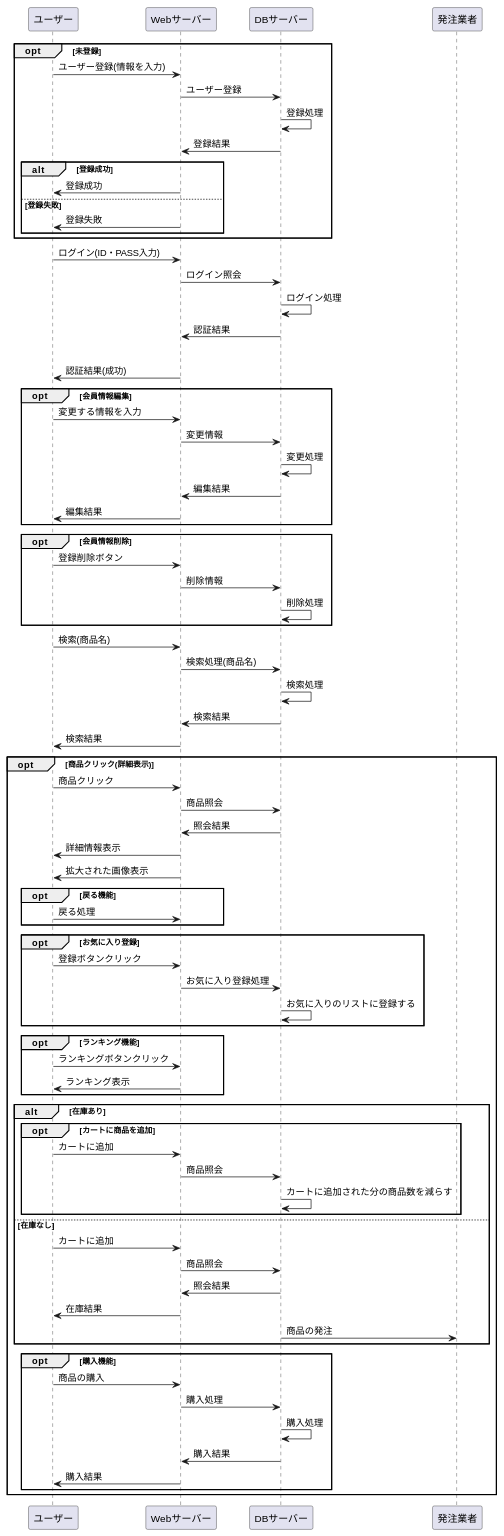
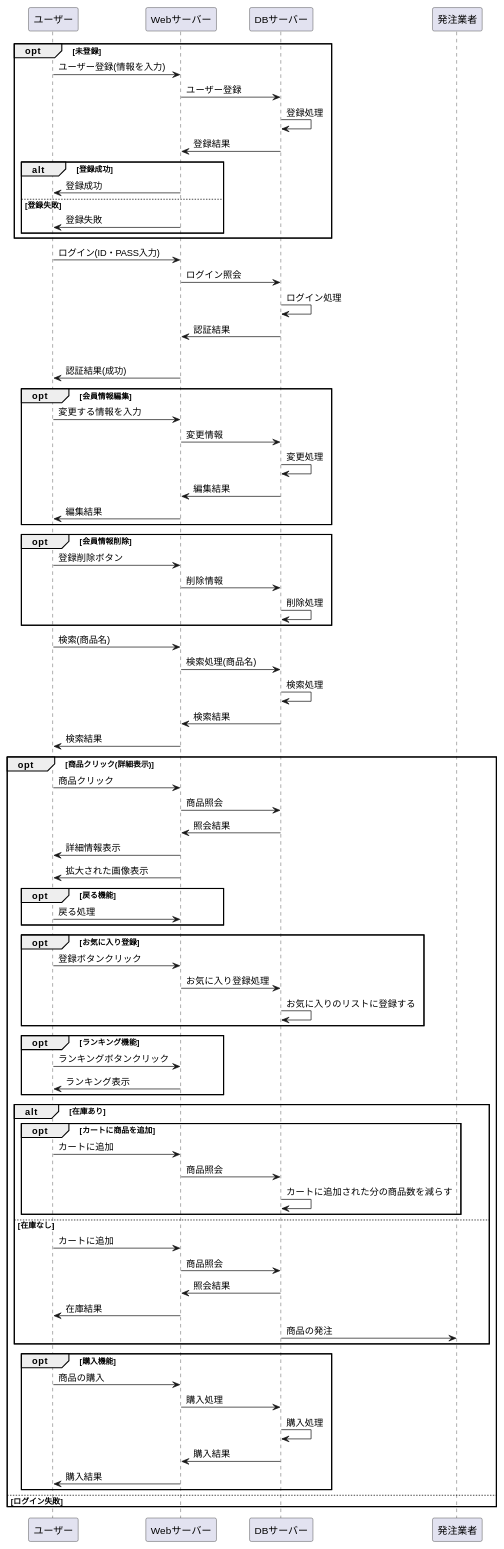
Before and after one commit to Aso2001154/2021sys-design: the diagram in cookjob.md, drawn with PlantUML.

````diff
--- a/cookjob.md
+++ b/cookjob.md
@@ -82,6 +82,7 @@
 DBサーバー -> Webサーバー : 購入結果
 Webサーバー -> ユーザー : 購入結果
 end
+else ログイン失敗
 end
 @enduml
 ```
````
